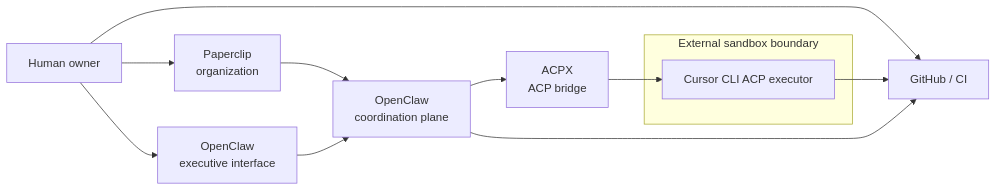
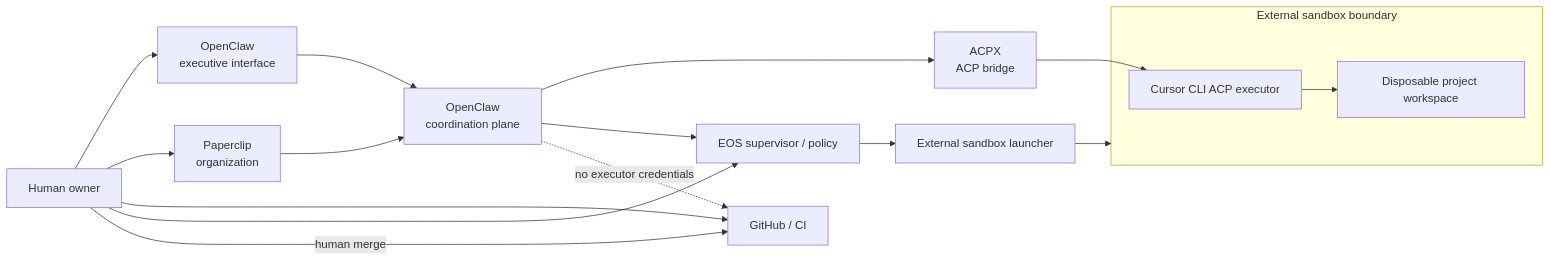
The diagram in docs/architecture/baseline.md (sergio-tr/engineering-os), drawn with Mermaid before and after one commit. The commit also changed other lines of this file and 6 other files, not shown here.

Commit message:
docs: design external sandbox isolation boundaries

````diff
--- a/docs/architecture/baseline.md
+++ b/docs/architecture/baseline.md
@@ -7,24 +7,32 @@
 ```mermaid
 flowchart LR
   Owner[Human owner]
   Paperclip[Paperclip<br/>organization]
   OpenClawExec[OpenClaw<br/>executive interface]
   OpenClawCoord[OpenClaw<br/>coordination plane]
   ACPX[ACPX<br/>ACP bridge]
+  Supervisor[EOS supervisor / policy]
+  Launcher[External sandbox launcher]
   GitHub[GitHub / CI]
 
   subgraph SandboxBoundary[External sandbox boundary]
     CursorACP[Cursor CLI ACP executor]
+    Workspace[Disposable project workspace]
   end
 
   Owner --> OpenClawExec
   Owner --> Paperclip
   Owner --> GitHub
+  Owner --> Supervisor
 
   Paperclip --> OpenClawCoord
   OpenClawExec --> OpenClawCoord
   OpenClawCoord --> ACPX
+  OpenClawCoord --> Supervisor
+  Supervisor --> Launcher
+  Launcher --> SandboxBoundary
   ACPX --> CursorACP
-  CursorACP --> GitHub
-  OpenClawCoord --> GitHub
+  CursorACP --> Workspace
+  Owner -->|human merge| GitHub
+  OpenClawCoord -.->|no executor credentials| GitHub
 ```
````
